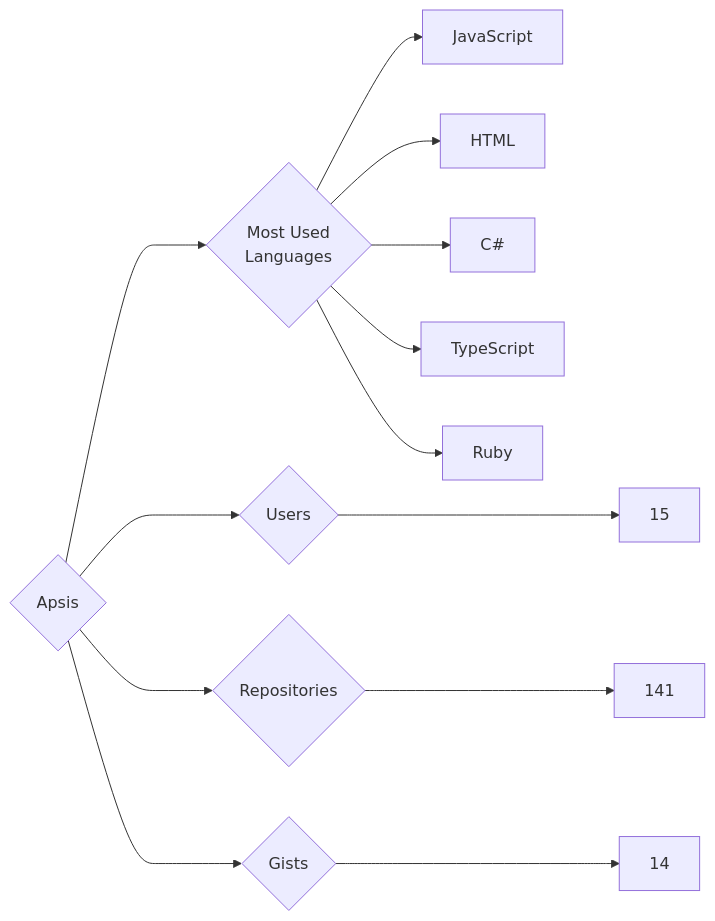
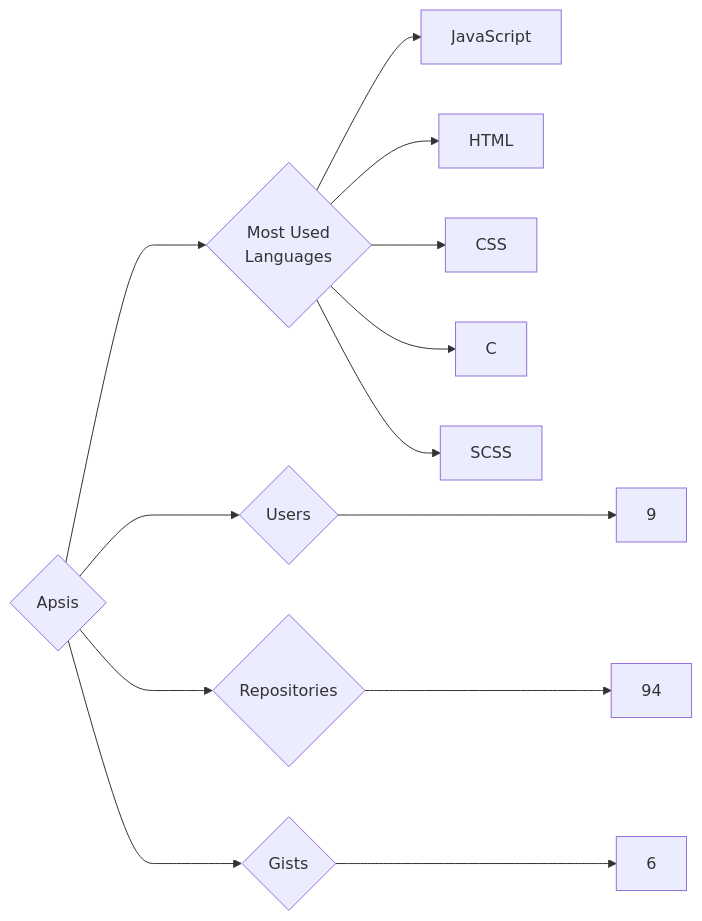
One commit to trickest/insiders changed the diagram in targets/Apsis/README.md. Above: the diagram before and after it, drawn with Mermaid. The commit also changed 745 other files, not shown here.

````diff
--- a/targets/Apsis/README.md
+++ b/targets/Apsis/README.md
@@ -3,13 +3,13 @@
 ```mermaid
 graph LR
 COMPANY_NAME{Apsis}
-COMPANY_NAME ---> U{Users} ---> UN[15]
-COMPANY_NAME ---> R{Repositories} ---> RN[141]
-COMPANY_NAME ---> G{Gists} ---> GN[14]
+COMPANY_NAME ---> U{Users} ---> UN[9]
+COMPANY_NAME ---> R{Repositories} ---> RN[94]
+COMPANY_NAME ---> G{Gists} ---> GN[6]
 COMPANY_NAME ---> ML{Most Used<br>Languages}
 ML --> JavaScript[JavaScript]
 ML --> HTML[HTML]
-ML --> C#[C#]
-ML --> TypeScript[TypeScript]
-ML --> Ruby[Ruby]
+ML --> CSS[CSS]
+ML --> C[C]
+ML --> SCSS[SCSS]
 ```
````
